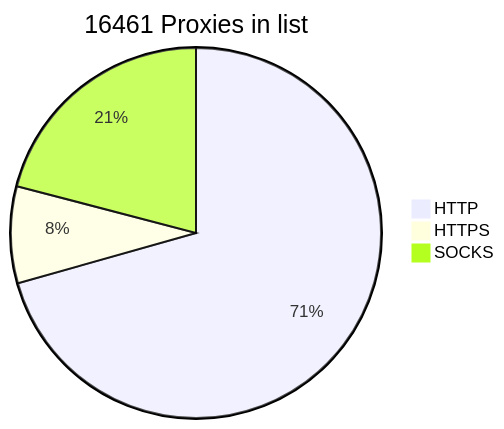
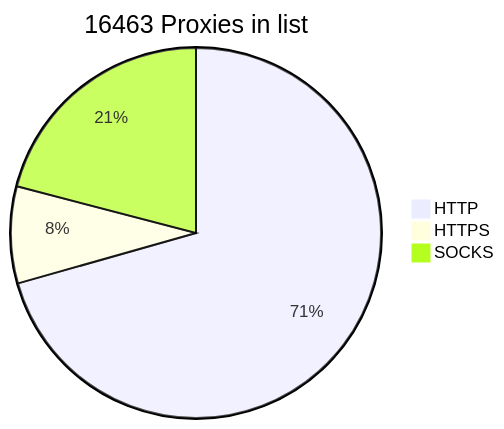
Before and after one commit to BlackSnowDot/proxylist-update-every-minute: the diagram in README.md, drawn with Mermaid.

````diff
--- a/README.md
+++ b/README.md
@@ -2,6 +2,6 @@
 ```mermaid
-pie title 16461 Proxies in list
+pie title 16463 Proxies in list
     "HTTP" : 11909
     "HTTPS": 1426
-    "SOCKS" : 3529
+    "SOCKS" : 3531
 ```
````
